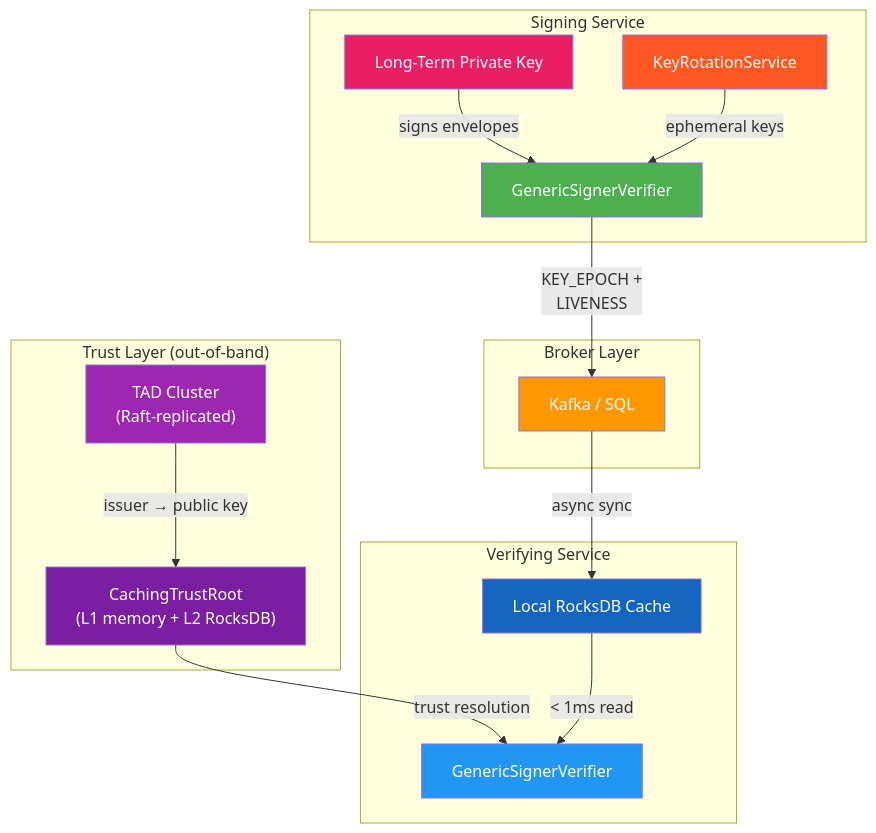
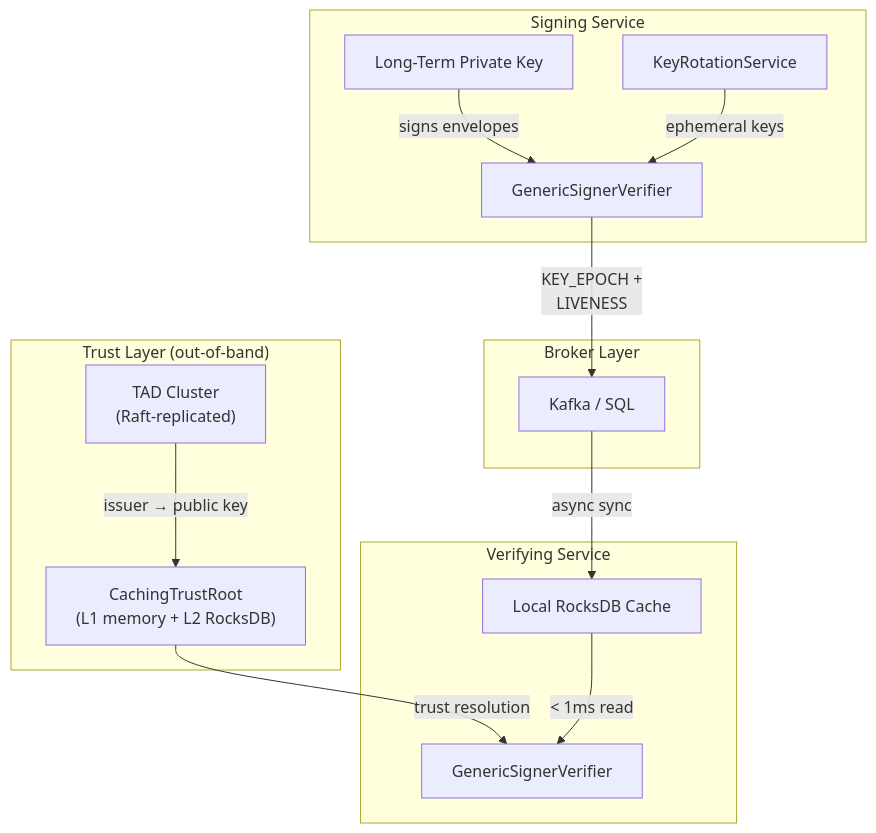
The sixth of 6 diagrams in docs/docs/learn/how-veridot-works.md (cyfko/veridot), drawn with Mermaid before and after one commit. The commit also changed other lines of this file and 25 other files, not shown here.

First line of the commit message:
style: remove colorful fill styles from Mermaid diagrams

````diff
--- a/docs/docs/learn/how-veridot-works.md
+++ b/docs/docs/learn/how-veridot-works.md
@@ -331,39 +310,31 @@
 ```mermaid
 graph TB
     subgraph "Trust Layer (out-of-band)"
         TAD["TAD Cluster<br/>(Raft-replicated)"]
         TR["CachingTrustRoot<br/>(L1 memory + L2 RocksDB)"]
     end
 
     subgraph "Signing Service"
         SIG["GenericSignerVerifier"]
         KRS["KeyRotationService"]
         LTK["Long-Term Private Key"]
     end
 
     subgraph "Broker Layer"
         BRK["Kafka / SQL"]
     end
 
     subgraph "Verifying Service"
         VER["GenericSignerVerifier"]
         CACHE["Local RocksDB Cache"]
     end
 
     TAD -->|"issuer → public key"| TR
     TR -->|"trust resolution"| VER
     LTK -->|"signs envelopes"| SIG
     KRS -->|"ephemeral keys"| SIG
     SIG -->|"KEY_EPOCH +<br/>LIVENESS"| BRK
     BRK -->|"async sync"| CACHE
     CACHE -->|"< 1ms read"| VER
 
-    style TAD fill:#9c27b0,color:#fff
-    style TR fill:#7b1fa2,color:#fff
-    style SIG fill:#4caf50,color:#fff
-    style KRS fill:#ff5722,color:#fff
-    style LTK fill:#e91e63,color:#fff
-    style BRK fill:#ff9800,color:#fff
-    style VER fill:#2196f3,color:#fff
-    style CACHE fill:#1565c0,color:#fff
 ```
````
